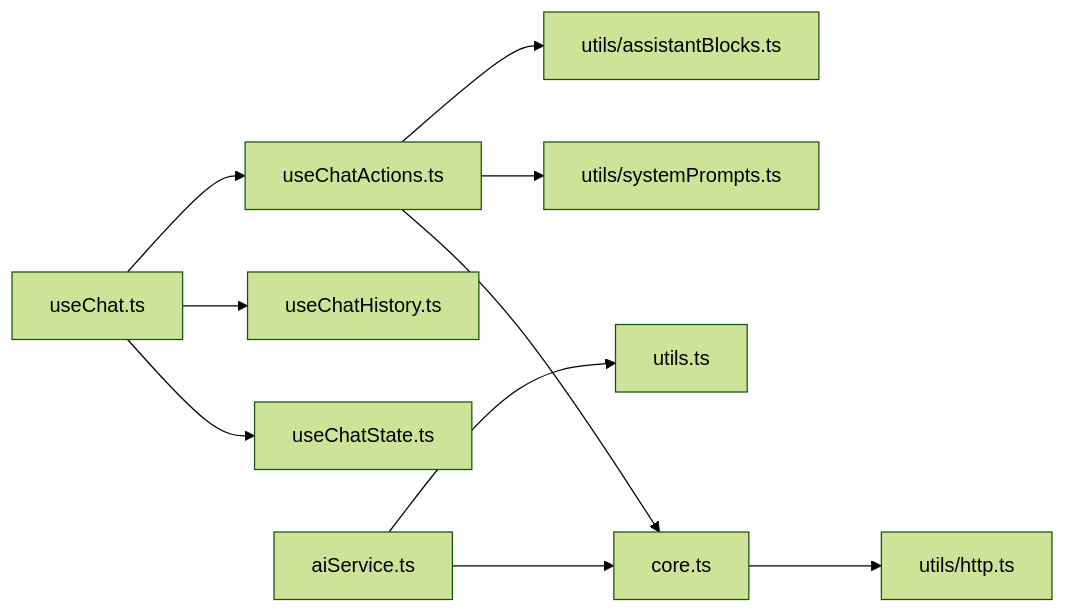
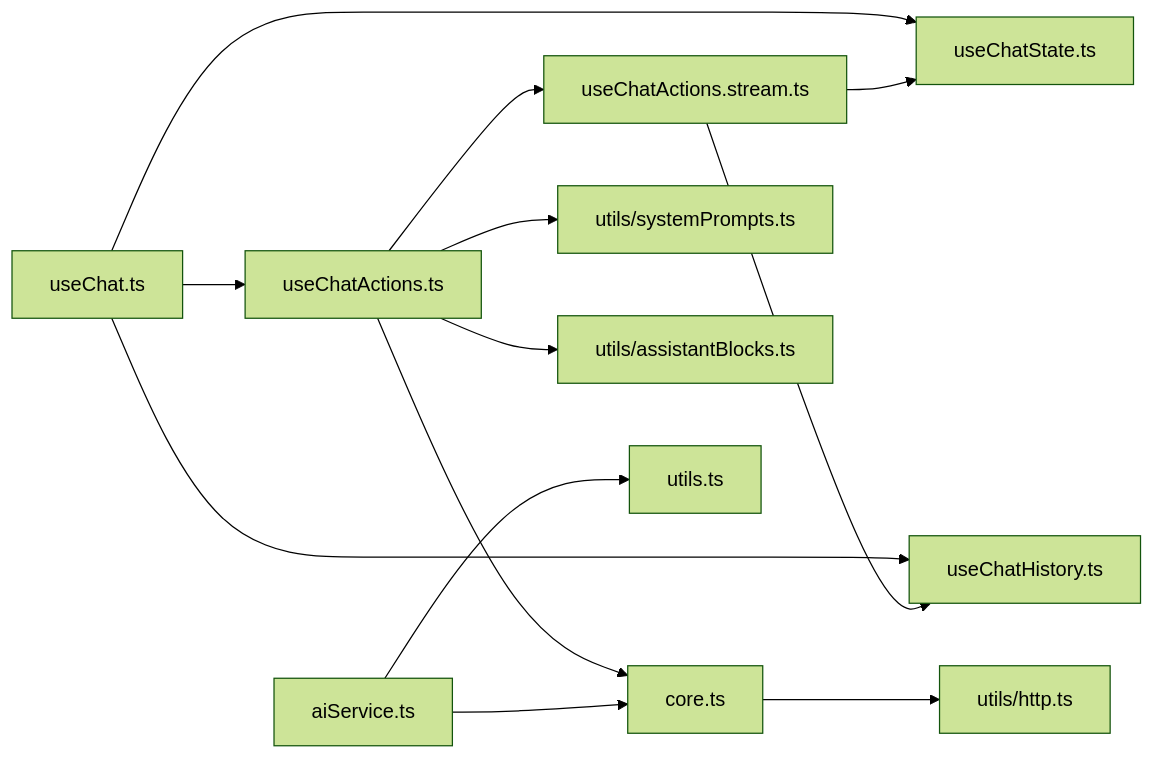
One commit to xixixiaoyu/Todo changed the sixth of 6 diagrams in .qoder/repowiki/zh/content/核心模块/AI助手系统/对话管理.md. Above: the diagram before and after it, drawn with Mermaid (forest theme). The commit also changed other lines of this file and 4 other files, not shown here.

````diff
--- a/.qoder/repowiki/zh/content/核心模块/AI助手系统/对话管理.md
+++ b/.qoder/repowiki/zh/content/核心模块/AI助手系统/对话管理.md
@@ -296,12 +359,15 @@
 ```mermaid
 graph LR
 UC["useChat.ts"] --> UCS["useChatState.ts"]
 UC --> UCH["useChatHistory.ts"]
 UC --> UCA["useChatActions.ts"]
+UCA --> UCAS["useChatActions.stream.ts"]
 UCA --> CORE["core.ts"]
 UCA --> SYSU["utils/systemPrompts.ts"]
 UCA --> ABU["utils/assistantBlocks.ts"]
+UCAS --> UCH
+UCAS --> UCS
 CORE --> HTTPU["utils/http.ts"]
 AISI["aiService.ts"] --> CORE
 AISI --> UTILS["utils.ts"]
 ```
````
